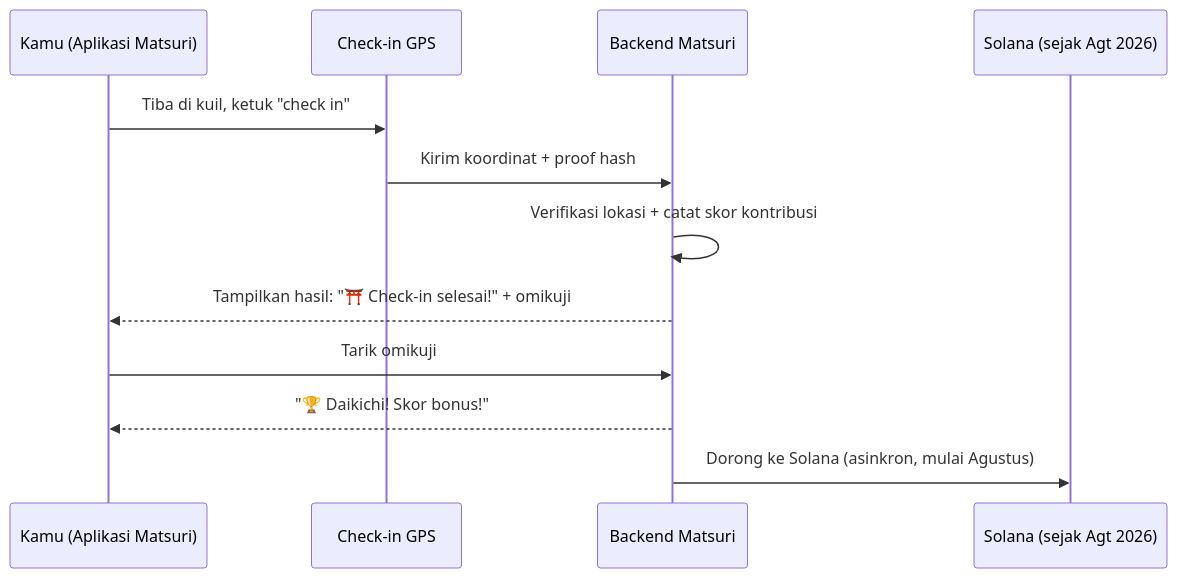
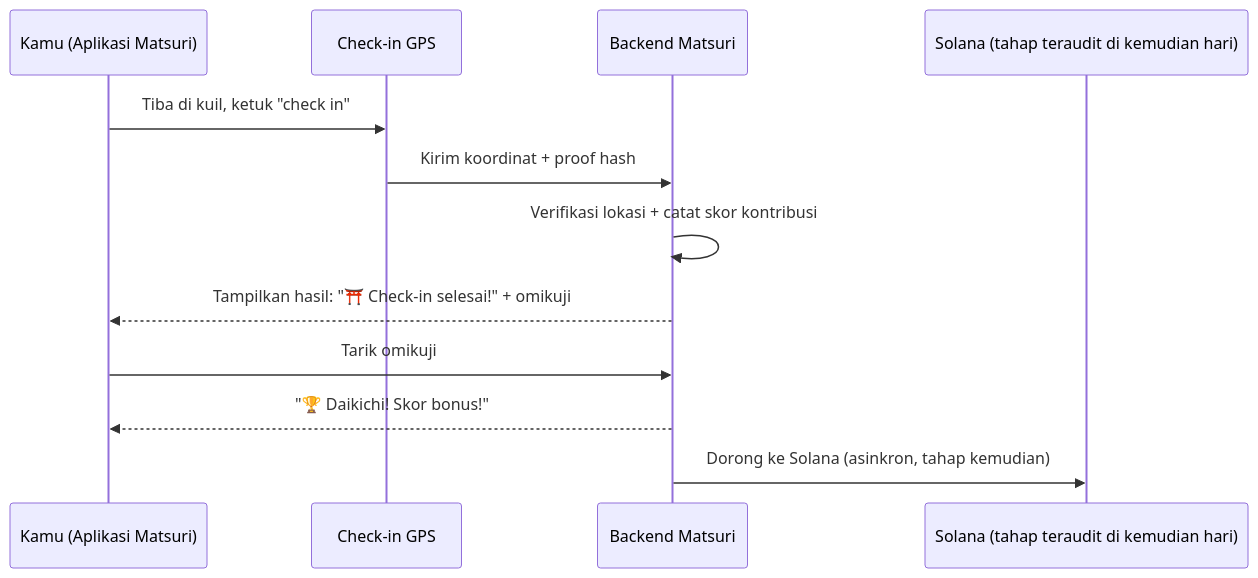
One commit to Cootakahashi/matsuri-dao-whitepaper changed the third of 4 diagrams in i18n/id/docusaurus-plugin-content-docs/current/04-mining.md. Above: the diagram before and after it, drawn with Mermaid. The commit also changed other lines of this file and 79 other files, not shown here.

First line of the commit message:
docs: re-sequence on-chain roadmap to match the staged Hashlock audit (20 locales)

````diff
--- a/i18n/id/docusaurus-plugin-content-docs/current/04-mining.md
+++ b/i18n/id/docusaurus-plugin-content-docs/current/04-mining.md
@@ -109,15 +109,15 @@
 ```mermaid
 sequenceDiagram
     participant U as Kamu (Aplikasi Matsuri)
     participant GPS as Check-in GPS
     participant API as Backend Matsuri
-    participant SC as Solana (sejak Agt 2026)
+    participant SC as Solana (tahap teraudit di kemudian hari)
 
     U->>GPS: Tiba di kuil, ketuk "check in"
     GPS->>API: Kirim koordinat + proof hash
     API->>API: Verifikasi lokasi + catat skor kontribusi
     API-->>U: Tampilkan hasil: "⛩️ Check-in selesai!" + omikuji
     U->>API: Tarik omikuji
     API-->>U: "🏆 Daikichi! Skor bonus!"
-    API->>SC: Dorong ke Solana (asinkron, mulai Agustus)
+    API->>SC: Dorong ke Solana (asinkron, tahap kemudian)
 ```
````
